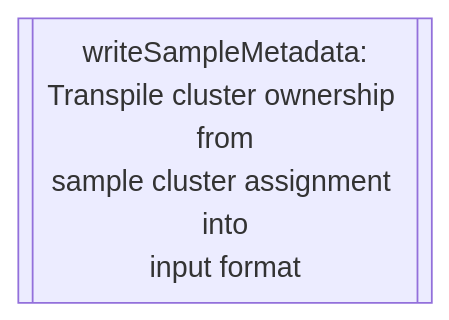
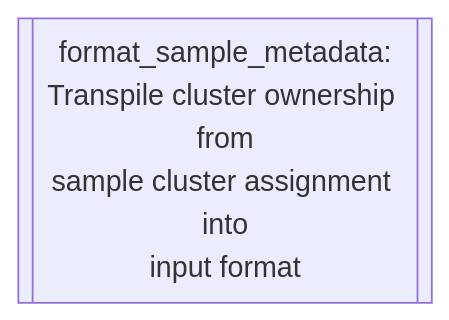
Diagram 21 of 26 in docs/02-workflow/02-methodology-summary.md (Tuks-ICMM/Pharmacogenetic-Analysis-Pipeline), drawn with Mermaid before and after one commit. The commit also changed other lines of this file and 2 other files, not shown here.

````diff
--- a/docs/02-workflow/02-methodology-summary.md
+++ b/docs/02-workflow/02-methodology-summary.md
@@ -843,4 +919,4 @@
   ```mermaid
   flowchart TD
-    writeSampleMetadata[[writeSampleMetadata:\nTranspile cluster ownership from\nsample cluster assignment into\ninput format]]
+    format_sample_metadata[[format_sample_metadata:\nTranspile cluster ownership from\nsample cluster assignment into\ninput format]]
   ```
````
